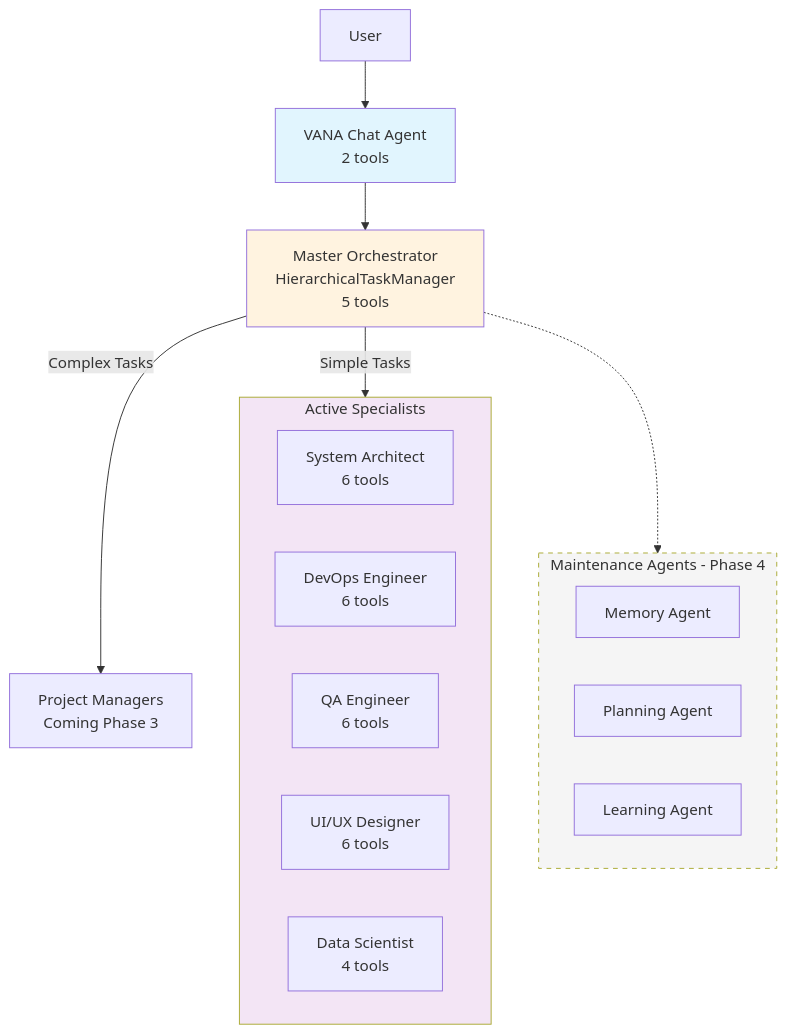
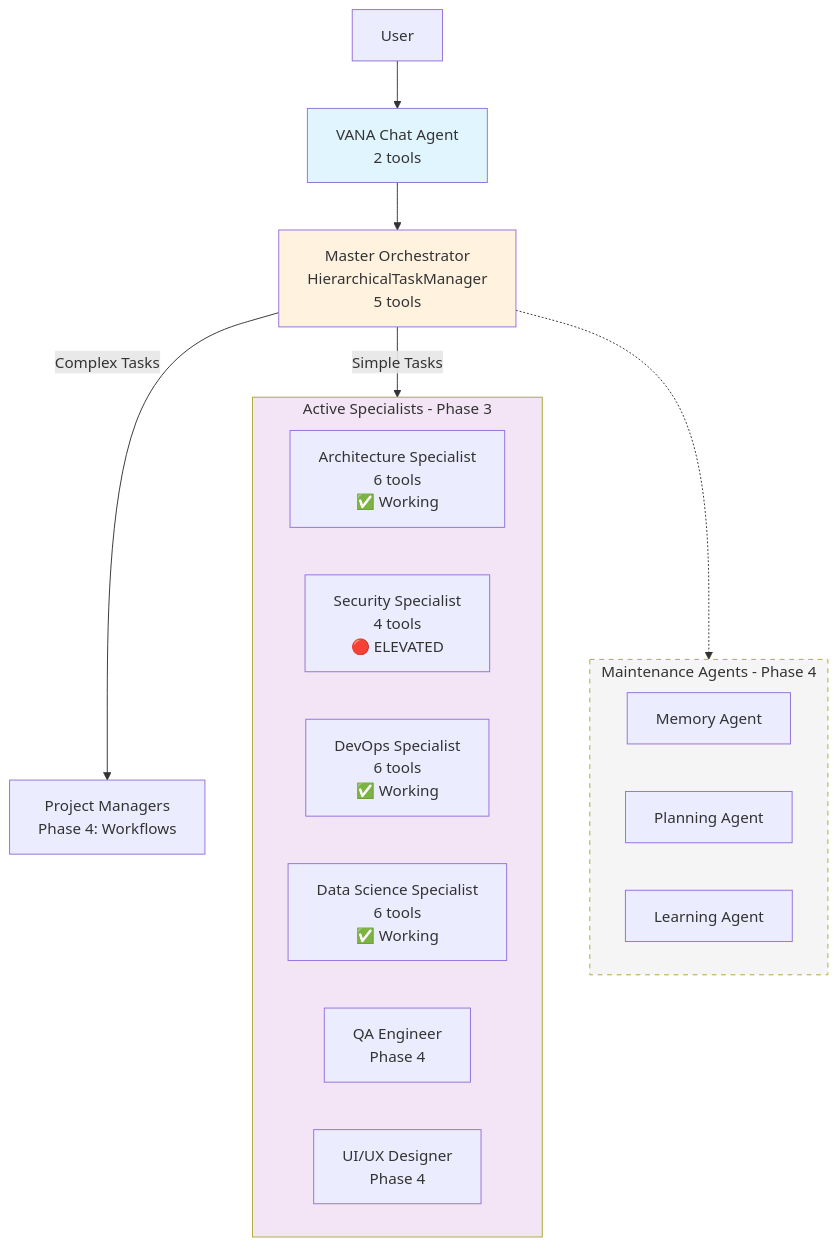
The first of 3 diagrams in README.md (NickB03/vana), drawn with Mermaid before and after one commit. The commit also changed other lines of this file and 16 other files, not shown here.

````diff
--- a/README.md
+++ b/README.md
@@ -158,29 +184,30 @@
 ```mermaid
 graph TD
     User[User] --> VANA[VANA Chat Agent<br/>2 tools]
     VANA --> MO[Master Orchestrator<br/>HierarchicalTaskManager<br/>5 tools]
     
     MO --> |Simple Tasks| Specialists
-    MO --> |Complex Tasks| PM[Project Managers<br/>Coming Phase 3]
+    MO --> |Complex Tasks| PM[Project Managers<br/>Phase 4: Workflows]
     
-    subgraph Specialists[Active Specialists]
-        SA[System Architect<br/>6 tools]
-        DO[DevOps Engineer<br/>6 tools]
-        QA[QA Engineer<br/>6 tools]
-        UI[UI/UX Designer<br/>6 tools]
-        DS[Data Scientist<br/>4 tools]
+    subgraph Specialists[Active Specialists - Phase 3]
+        ARCH[Architecture Specialist<br/>6 tools<br/>✅ Working]
+        SEC[Security Specialist<br/>4 tools<br/>🔴 ELEVATED]
+        DO[DevOps Specialist<br/>6 tools<br/>✅ Working]
+        DS[Data Science Specialist<br/>6 tools<br/>✅ Working]
+        QA[QA Engineer<br/>Phase 4]
+        UI[UI/UX Designer<br/>Phase 4]
     end
     
     subgraph Maintenance[Maintenance Agents - Phase 4]
         MA[Memory Agent]
         PA[Planning Agent]
         LA[Learning Agent]
     end
     
     MO -.-> Maintenance
     
     style VANA fill:#e1f5fe
     style MO fill:#fff3e0
     style Specialists fill:#f3e5f5
     style Maintenance fill:#f5f5f5,stroke-dasharray: 5 5
 ```
````
